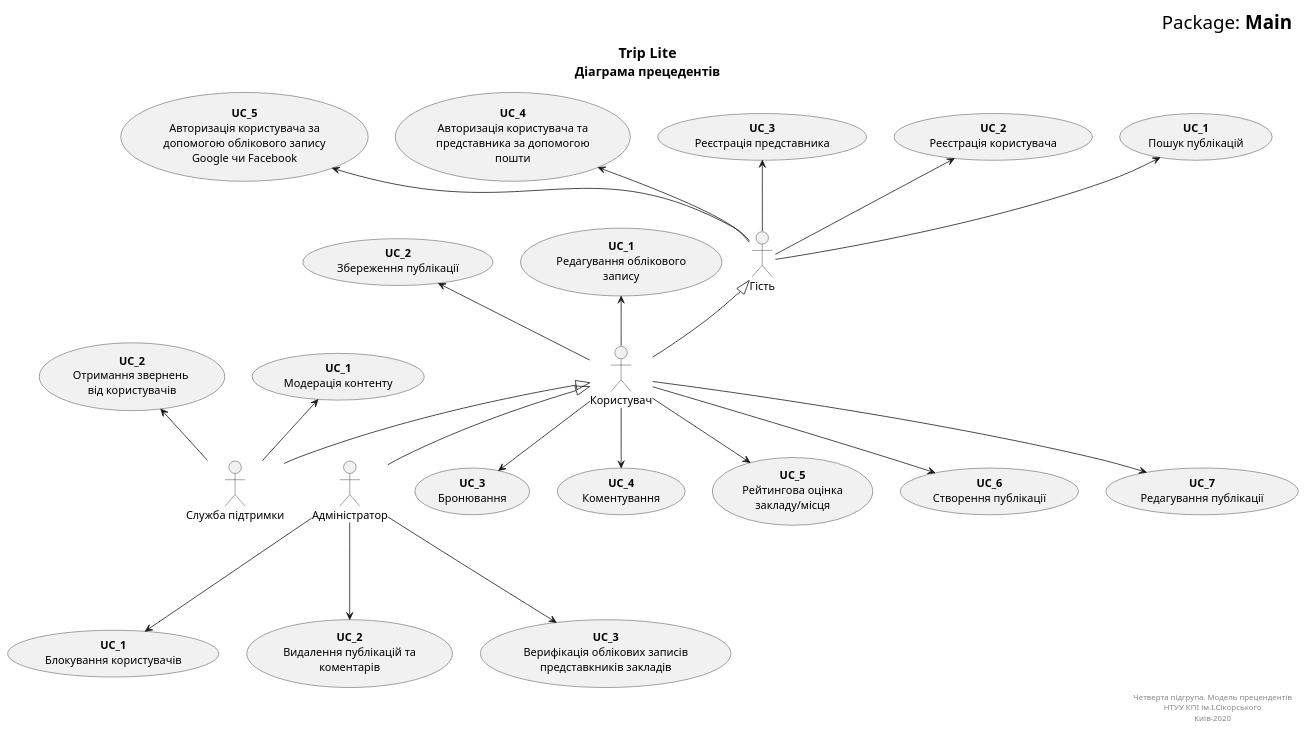
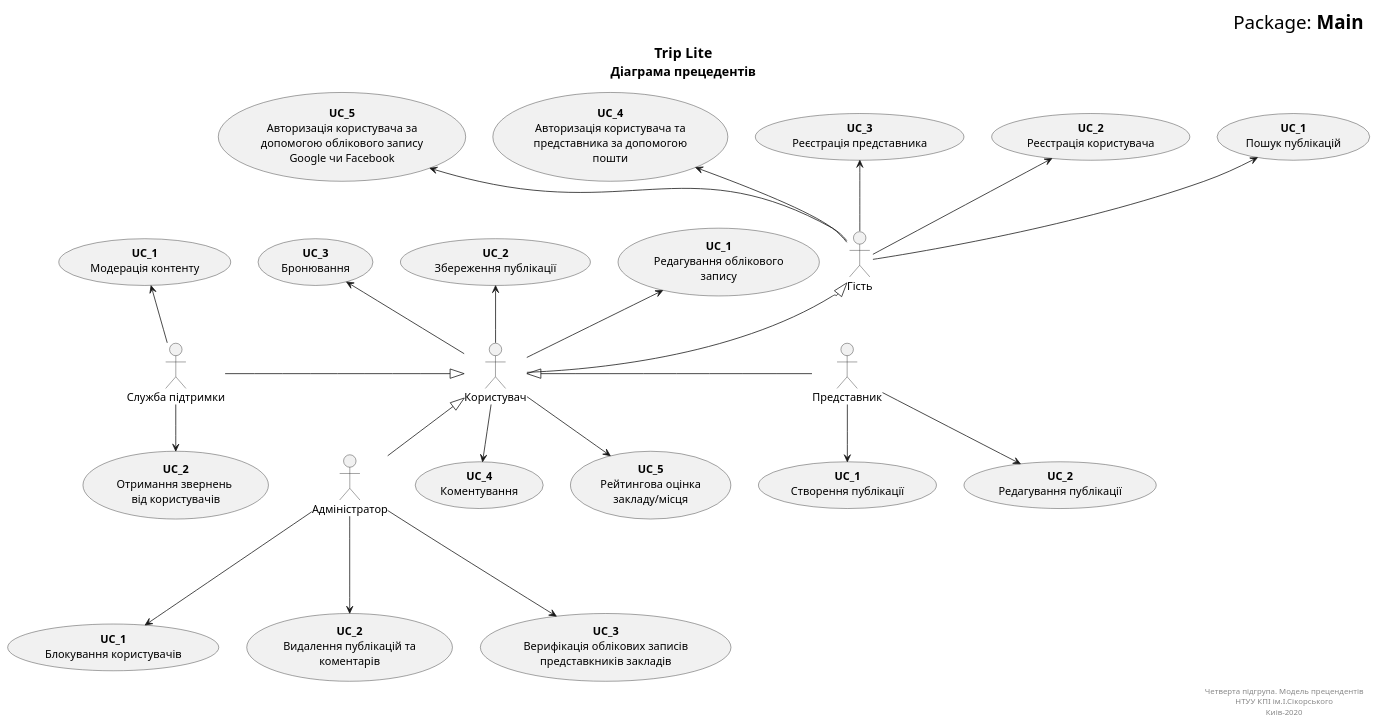
The diagram in UML/MAIN.pu (yehorbk/kpi-programming), drawn with PlantUML before and after one commit.

```diff
--- a/UML/MAIN.pu
+++ b/UML/MAIN.pu
@@ -1,74 +1,78 @@
 @startuml
 right header
 <font size=24 color=black>Package: <b>Main
 end header
 
 title
 <font size=18 color=black>Trip Lite
 <font size=16 color=black>Діаграма прецедентів
 end title
 
 actor "Гість" as Guest
 actor "Користувач" as User
+actor "Представник" as Agent
 actor "Служба підтримки" as Support
 actor "Адміністратор" as Admin
 
 ' UCes for Guest:
 usecase "<b>UC_1</b>\nПошук публікацій" as UC1_Guest
 usecase "<b>UC_2</b>\nРеєстрація користувача" as UC2_Guest
 usecase "<b>UC_3</b>\nРеєстрація представника" as UC3_Guest
 usecase "<b>UC_4</b>\nАвторизація користувача та\nпредставника за допомогою\nпошти" as UC4_Guest
 usecase "<b>UC_5</b>\nАвторизація користувача за\nдопомогою облікового запису\nGoogle чи Facebook" as UC5_Guest
 
 ' UCes for User:
 usecase "<b>UC_1</b>\nРедагування облікового\nзапису" as UC1_User
 usecase "<b>UC_2</b>\nЗбереження публікації" as UC2_User
 usecase "<b>UC_3</b>\nБронювання" as UC3_User
 usecase "<b>UC_4</b>\nКоментування" as UC4_User
 usecase "<b>UC_5</b>\nРейтингова оцінка\nзакладу/місця" as UC5_User
-usecase "<b>UC_6</b>\nСтворення публікації" as UC6_User
-usecase "<b>UC_7</b>\nРедагування публікації" as UC7_User
+
+' Uces for Agent:
+usecase "<b>UC_1</b>\nСтворення публікації" as UC1_Agent
+usecase "<b>UC_2</b>\nРедагування публікації" as UC2_Agent
 
 ' UCes for Support:
 usecase "<b>UC_1</b>\nМодерація контенту" as UC1_Support
 usecase "<b>UC_2</b>\nОтримання звернень \nвід користувачів" as UC2_Support
 
 ' UCes for Admin:
 usecase "<b>UC_1</b>\nБлокування користувачів" as UC1_Admin
 usecase "<b>UC_2</b>\nВидалення публікацій та\nкоментарів" as UC2_Admin
 usecase "<b>UC_3</b>\nВерифікація облікових записів\nпредставкників закладів" as UC3_Admin
 
 ' Actors connections
+Agent -l-|> User
 User -u-|> Guest
-Support -u-|> User
+Support -r-|> User
 Admin -u-|> User
-
 
 ' UCes connectios
 Guest -u-> UC1_Guest
 Guest -u-> UC2_Guest
 Guest -u-> UC3_Guest
 Guest -u-> UC4_Guest
 Guest -u-> UC5_Guest
 
 User -u-> UC1_User
 User -u-> UC2_User
-User -d-> UC3_User
+User -u-> UC3_User
 User -d-> UC4_User
 User -d-> UC5_User
-User -d-> UC6_User
-User -d-> UC7_User
+
+Agent -d-> UC1_Agent
+Agent -d-> UC2_Agent
 
 Support -u-> UC1_Support
-Support -u-> UC2_Support
+Support -d-> UC2_Support
 
 Admin -d--> UC1_Admin
 Admin -d--> UC2_Admin
 Admin -d--> UC3_Admin
 
 right footer
 Четверта підгрупа. Модель прецендентів
 НТУУ КПІ ім.І.Сікорського
 Киів-2020
 end footer
 @enduml
```
